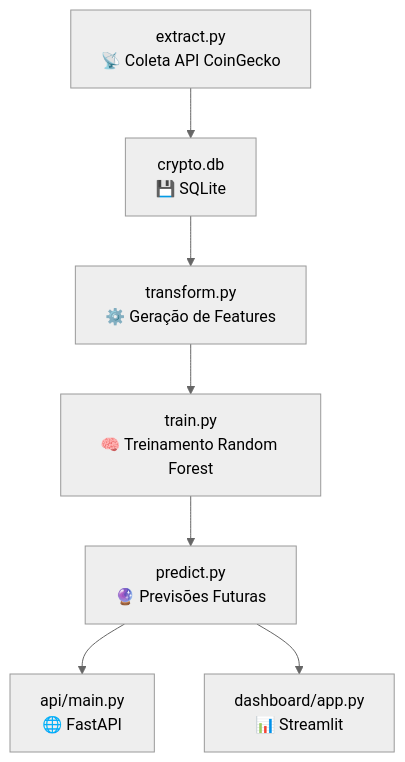
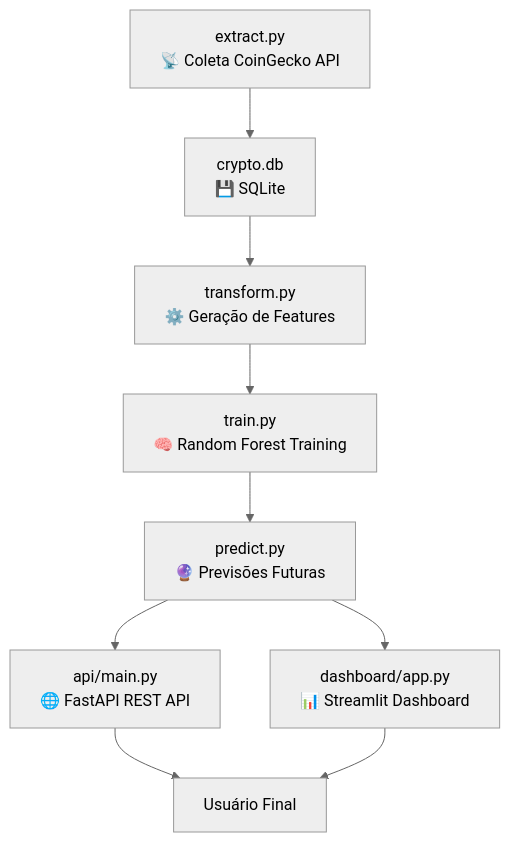
The diagram in README.md (PauloCaxixi/crypto_tech), drawn with Mermaid (neutral theme) before and after one commit. The commit also changed other lines of this file and 19 other files, not shown here.

````diff
--- a/README.md
+++ b/README.md
@@ -10,9 +27,10 @@
 ```mermaid
 flowchart TD
-    A[extract.py<br>📡 Coleta API CoinGecko] --> B[crypto.db<br>💾 SQLite]
+    A[extract.py<br>📡 Coleta CoinGecko API] --> B[crypto.db<br>💾 SQLite]
     B --> C[transform.py<br>⚙️ Geração de Features]
-    C --> D[train.py<br>🧠 Treinamento Random Forest]
+    C --> D[train.py<br>🧠 Random Forest Training]
     D --> E[predict.py<br>🔮 Previsões Futuras]
-    E --> F1[api/main.py<br>🌐 FastAPI]
-    E --> F2[dashboard/app.py<br>📊 Streamlit]
+    E --> F1[api/main.py<br>🌐 FastAPI REST API]
+    E --> F2[dashboard/app.py<br>📊 Streamlit Dashboard]
+    F1 & F2 --> G[Usuário Final]
 ```
````
